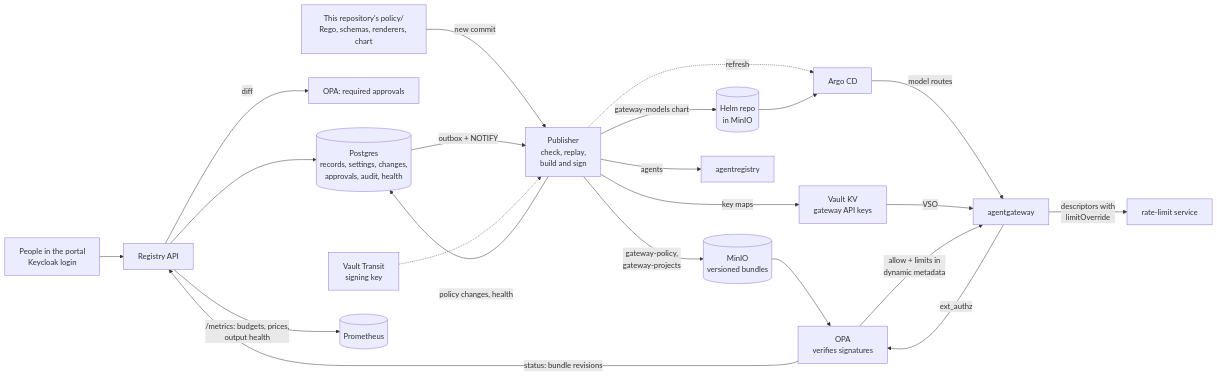
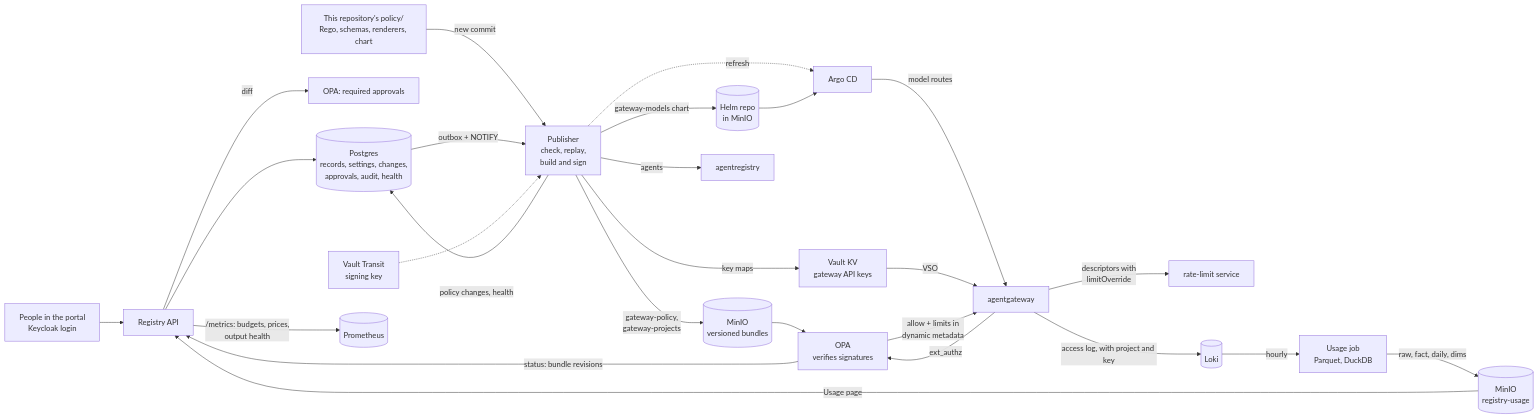
Before and after one commit to nolimitkun/project-registry: the diagram in docs/design.md, drawn with Mermaid. The commit also changed 6 other files, not shown here.

````diff
--- a/docs/design.md
+++ b/docs/design.md
@@ -48,23 +48,27 @@
 ```mermaid
 flowchart LR
   people[People in the portal<br/>Keycloak login] --> api[Registry API]
   api --> pg[(Postgres<br/>records, settings, changes,<br/>approvals, audit, health)]
   api -->|diff| opap[OPA: required approvals]
   git[This repository's policy/<br/>Rego, schemas, renderers, chart] -->|new commit| pub
   pg -->|outbox + NOTIFY| pub[Publisher<br/>check, replay,<br/>build and sign]
   pub -->|policy changes, health| pg
   vt[Vault Transit<br/>signing key] -.-> pub
   pub -->|gateway-policy,<br/>gateway-projects| s3[(MinIO<br/>versioned bundles)]
   pub -->|gateway-models chart| helm[(Helm repo<br/>in MinIO)]
   pub -.->|refresh| argo[Argo CD]
   helm --> argo -->|model routes| gw
   pub -->|key maps| kv[Vault KV<br/>gateway API keys]
   kv -->|VSO| gw
   pub -->|agents| ar[agentregistry]
   s3 --> opa[OPA<br/>verifies signatures]
   opa -->|status: bundle revisions| api
   gw[agentgateway] -->|ext_authz| opa
   opa -->|allow + limits in<br/>dynamic metadata| gw
   gw -->|descriptors with<br/>limitOverride| rl[rate-limit service]
   api -->|/metrics: budgets, prices,<br/>output health| prom[(Prometheus)]
+  gw -->|access log, with project and key| loki[(Loki)]
+  loki -->|hourly| usage[Usage job<br/>Parquet, DuckDB]
+  usage -->|raw, fact, daily, dims| ub[(MinIO<br/>registry-usage)]
+  ub -->|Usage page| api
 ```
````
